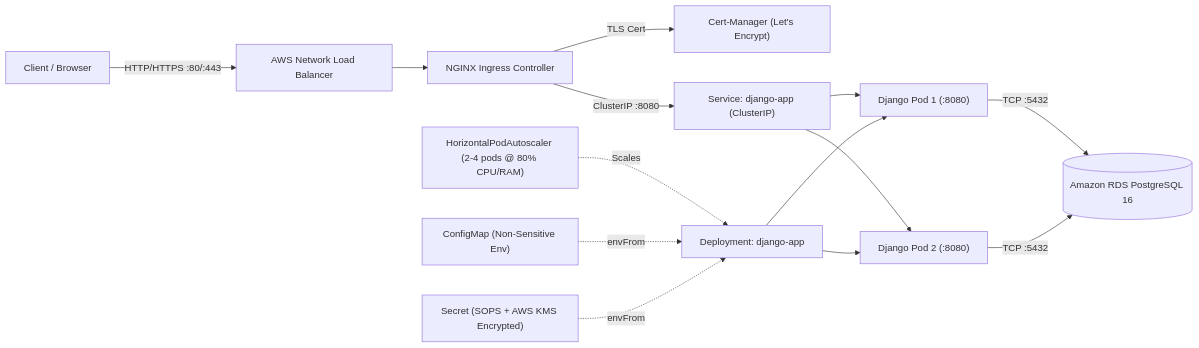
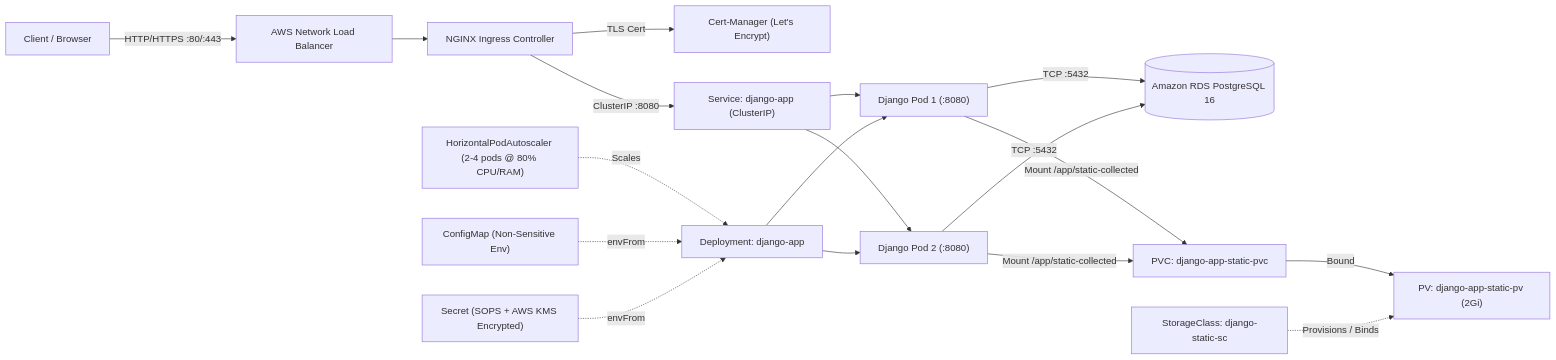
The diagram in README.md (musaxasmammedov7/k8s_django_deployment_task), drawn with Mermaid before and after one commit. The commit also changed other lines of this file and 6 other files, not shown here.

Commit message:
feat(storage): add StorageClass, PV, and PVC templates and mount static files in Django pods

````diff
--- a/README.md
+++ b/README.md
@@ -38,16 +41,20 @@
 ```mermaid
 flowchart LR
     User["Client / Browser"] -->|HTTP/HTTPS :80/:443| NLB["AWS Network Load Balancer"]
     NLB --> Ingress["NGINX Ingress Controller"]
     Ingress -->|TLS Cert| CertMgr["Cert-Manager (Let's Encrypt)"]
     Ingress -->|ClusterIP :8080| Svc["Service: django-app (ClusterIP)"]
     Svc --> Pod1["Django Pod 1 (:8080)"]
     Svc --> Pod2["Django Pod 2 (:8080)"]
     HPA["HorizontalPodAutoscaler (2-4 pods @ 80% CPU/RAM)"] -.->|Scales| Deploy["Deployment: django-app"]
     Deploy --> Pod1
     Deploy --> Pod2
     CM["ConfigMap (Non-Sensitive Env)"] -.->|envFrom| Deploy
     Sec["Secret (SOPS + AWS KMS Encrypted)"] -.->|envFrom| Deploy
     Pod1 -->|TCP :5432| RDS[("Amazon RDS PostgreSQL 16")]
     Pod2 -->|TCP :5432| RDS
+    Pod1 -->|Mount /app/static-collected| PVC["PVC: django-app-static-pvc"]
+    Pod2 -->|Mount /app/static-collected| PVC
+    PVC -->|Bound| PV["PV: django-app-static-pv (2Gi)"]
+    SC["StorageClass: django-static-sc"] -.->|Provisions / Binds| PV
 ```
````
